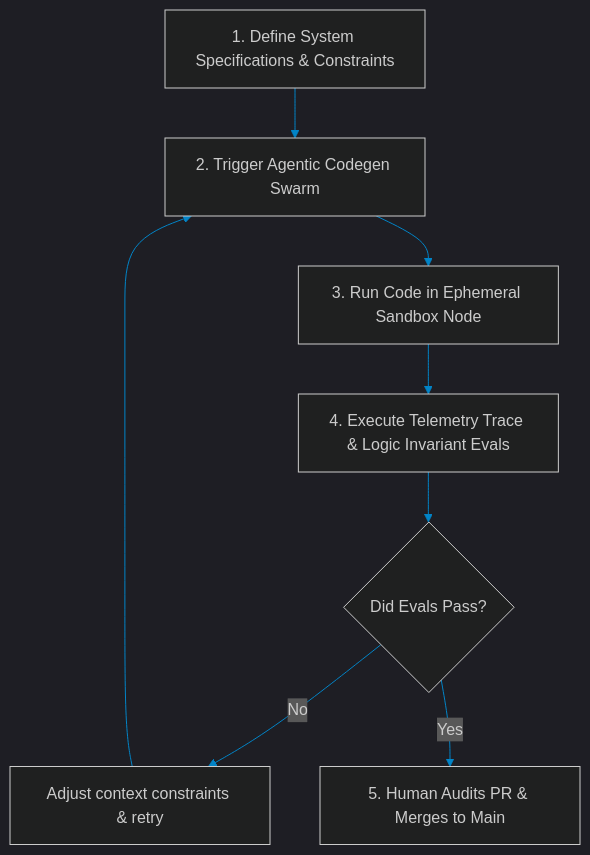
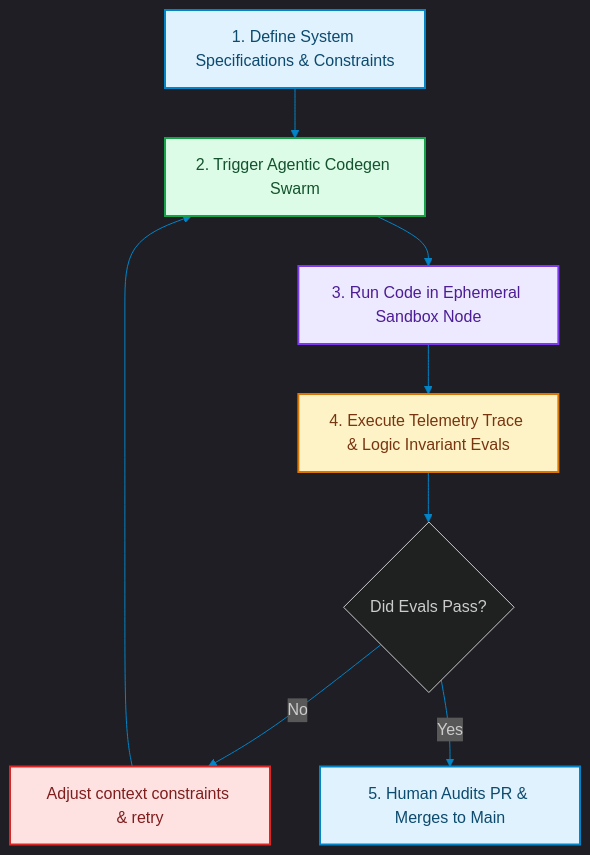
The diagram in blog/posts/day-in-the-life-ai-software-engineer-2026.md (akmalkhaniub/akmalkhaniub.github.io), drawn with Mermaid before and after one commit. The commit also changed other lines of this file and 1291 other files, not shown here.

First line of the commit message:
feat(catalog): unique covers, scholarly references, and diagram palettes

````diff
--- a/blog/posts/day-in-the-life-ai-software-engineer-2026.md
+++ b/blog/posts/day-in-the-life-ai-software-engineer-2026.md
@@ -16,14 +16,25 @@
 ```mermaid
 %%{init: {'theme': 'dark', 'themeVariables': { 'primaryColor': '#0284c7', 'primaryTextColor': '#f3f4f6', 'primaryBorderColor': '#38bdf8', 'lineColor': '#0284c7', 'secondaryColor': '#111827', 'tertiaryColor': '#0b0f19'}}}%%
 flowchart TD
-    Spec[1. Define System Specifications & Constraints] --> Agent[2. Trigger Agentic Codegen Swarm]
-    Agent --> Sandbox[3. Run Code in Ephemeral Sandbox Node]
+    Spec["1. Define System Specifications & Constraints"] --> Agent["2. Trigger Agentic Codegen Swarm"]
+    Agent --> Sandbox["3. Run Code in Ephemeral Sandbox Node"]
     
-    Sandbox --> Evals[4. Execute Telemetry Trace & Logic Invariant Evals]
+    Sandbox --> Evals["4. Execute Telemetry Trace & Logic Invariant Evals"]
     Evals --> Gate{Did Evals Pass?}
     
-    Gate -->|No| PromptAdjust[Adjust context constraints & retry]
+    Gate -->|No| PromptAdjust["Adjust context constraints & retry"]
     PromptAdjust --> Agent
     
-    Gate -->|Yes| Review[5. Human Audits PR & Merges to Main]
+    Gate -->|Yes| Review["5. Human Audits PR & Merges to Main"]
+
+classDef green fill:#dcfce7,stroke:#16a34a,stroke-width:2px,color:#14532d;
+classDef red fill:#fee2e2,stroke:#dc2626,stroke-width:2px,color:#7f1d1d;
+classDef blue fill:#e0f2fe,stroke:#0284c7,stroke-width:2px,color:#0c4a6e;
+classDef yellow fill:#fef3c7,stroke:#d97706,stroke-width:2px,color:#78350f;
+classDef purple fill:#ede9fe,stroke:#7c3aed,stroke-width:2px,color:#4c1d95;
+class Spec,Review blue
+class Agent green
+class Sandbox purple
+class Evals yellow
+class PromptAdjust red
 ```
````
